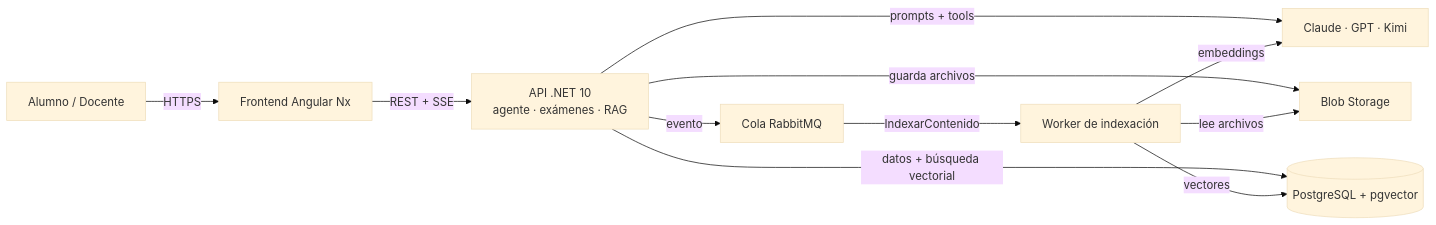
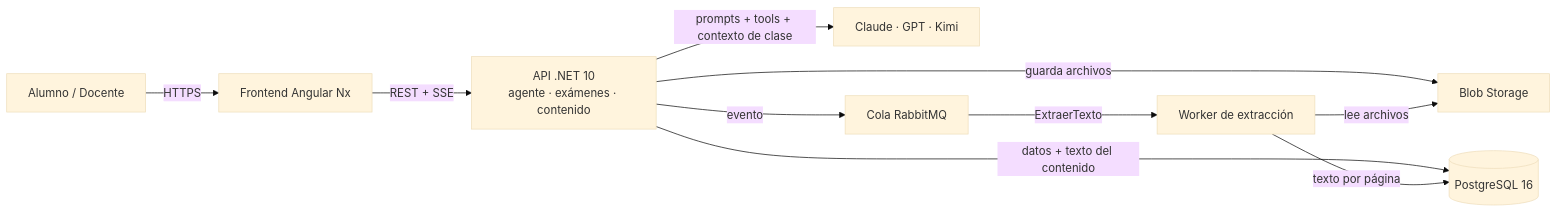
The first of 2 diagrams in specs/SDD-Plataforma-Evaluacion-PreClase.md (dreawm/IA_AGENT_FINANZAS), drawn with Mermaid (base theme) before and after one commit. The commit also changed other lines of this file, not shown here.

Commit message:
Removing RAG from specs doc

````diff
--- a/specs/SDD-Plataforma-Evaluacion-PreClase.md
+++ b/specs/SDD-Plataforma-Evaluacion-PreClase.md
@@ -80,13 +79,12 @@
 ```mermaid
 flowchart LR
     U[Alumno / Docente] -- HTTPS --> F[Frontend Angular Nx]
-    F -- REST + SSE --> API["API .NET 10<br/>agente · exámenes · RAG"]
-    API -- prompts + tools --> LLM["Claude · GPT · Kimi"]
+    F -- REST + SSE --> API["API .NET 10<br/>agente · exámenes · contenido"]
+    API -- "prompts + tools + contexto de clase" --> LLM["Claude · GPT · Kimi"]
     API -- evento --> Q[Cola RabbitMQ]
     API -- guarda archivos --> B[Blob Storage]
-    API -- datos + búsqueda vectorial --> DB[(PostgreSQL + pgvector)]
-    Q -- IndexarContenido --> W[Worker de indexación]
+    API -- datos + texto del contenido --> DB[(PostgreSQL 16)]
+    Q -- ExtraerTexto --> W[Worker de extracción]
     W -- lee archivos --> B
-    W -- embeddings --> LLM
-    W -- vectores --> DB
+    W -- texto por página --> DB
 ```
````
